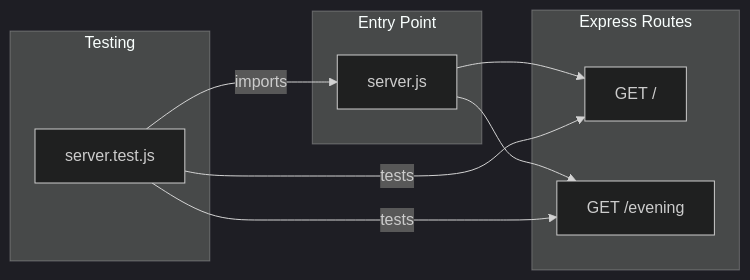
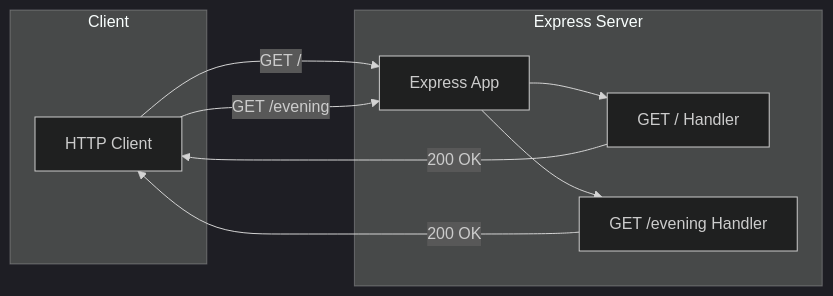
Before and after one commit to sudhanshu-spec/Repo-Test-Sud: the first of 3 diagrams in blitzy/documentation/Technical Specifications.md, drawn with Mermaid (dark theme). The commit also changed other lines of this file, not shown here.

````diff
--- a/blitzy/documentation/Technical Specifications.md
+++ b/blitzy/documentation/Technical Specifications.md
@@ -187,21 +448,19 @@
 ```mermaid
 graph LR
-    subgraph "Entry Point"
-        A[server.js]
+    subgraph Client
+        A[HTTP Client]
     end
     
-    subgraph "Express Routes"
-        B[GET /]
-        C[GET /evening]
+    subgraph Express Server
+        B[Express App]
+        C[GET / Handler]
+        D[GET /evening Handler]
     end
     
-    subgraph "Testing"
-        D[server.test.js]
-    end
-    
-    A --> B
-    A --> C
-    D -->|imports| A
-    D -->|tests| B
-    D -->|tests| C
+    A -->|GET /| B
+    A -->|GET /evening| B
+    B --> C
+    B --> D
+    C -->|200 OK| A
+    D -->|200 OK| A
 ```
````
